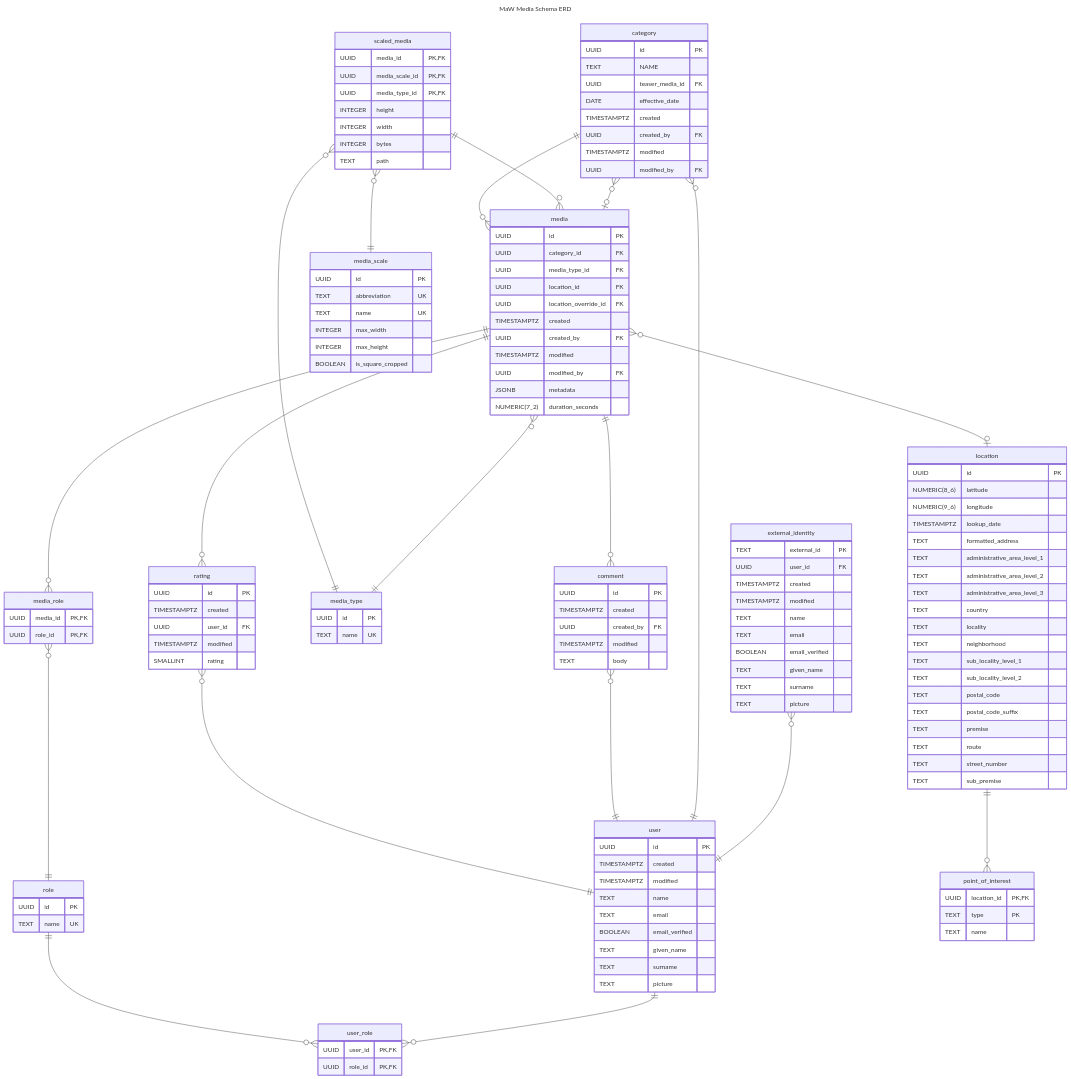
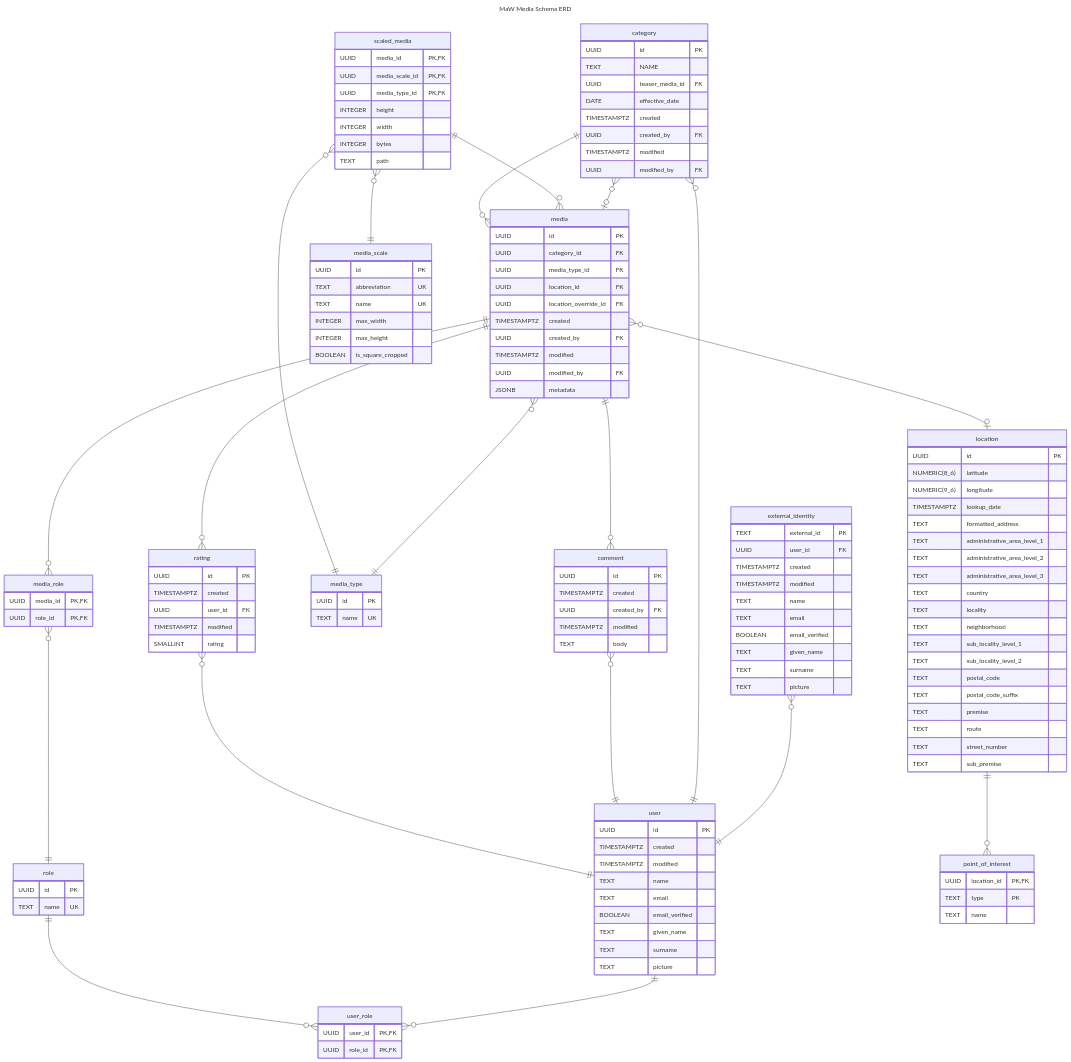
The diagram in src/db-postgres/design.mmd (AerisG222/maw-media), drawn with Mermaid before and after one commit. The commit also changed 4 other files, not shown here.

```diff
--- a/src/db-postgres/design.mmd
+++ b/src/db-postgres/design.mmd
@@ -1,172 +1,171 @@
 ---
 title: MaW Media Schema ERD
 ---
 erDiagram
     %% external_id = nameidentifier
     external_identity {
         TEXT external_id PK
         UUID user_id FK
         TIMESTAMPTZ created
         TIMESTAMPTZ modified
         TEXT name
         TEXT email
         BOOLEAN email_verified
         TEXT given_name
         TEXT surname
         TEXT picture
     }
 
     user {
         UUID id PK
         TIMESTAMPTZ created
         TIMESTAMPTZ modified
         TEXT name
         TEXT email
         BOOLEAN email_verified
         TEXT given_name
         TEXT surname
         TEXT picture
     }
 
     role {
         UUID id PK
         TEXT name UK
     }
 
     user_role {
         UUID user_id PK, FK
         UUID role_id PK, FK
     }
 
     category {
         UUID id PK
         TEXT NAME
         UUID teaser_media_id FK
         DATE effective_date
         TIMESTAMPTZ created
         UUID created_by FK
         TIMESTAMPTZ modified
         UUID modified_by FK
     }
 
     media_role {
         UUID media_id PK, FK
         UUID role_id PK, FK
     }
 
     media_type {
         UUID id PK
         TEXT name UK
     }
 
     media {
         UUID id PK
         UUID category_id FK
         UUID media_type_id FK
         UUID location_id FK
         UUID location_override_id FK
         TIMESTAMPTZ created
         UUID created_by FK
         TIMESTAMPTZ modified
         UUID modified_by FK
         JSONB metadata
-        NUMERIC(7_2) duration_seconds
     }
 
     location {
         UUID id PK
         NUMERIC(8_6) latitude
         NUMERIC(9_6) longitude
         TIMESTAMPTZ lookup_date
         TEXT formatted_address
         TEXT administrative_area_level_1
         TEXT administrative_area_level_2
         TEXT administrative_area_level_3
         TEXT country
         TEXT locality
         TEXT neighborhood
         TEXT sub_locality_level_1
         TEXT sub_locality_level_2
         TEXT postal_code
         TEXT postal_code_suffix
         TEXT premise
         TEXT route
         TEXT street_number
         TEXT sub_premise
     }
 
     point_of_interest {
         UUID location_id PK, FK
         TEXT type PK
         TEXT name
     }
 
     %% qqvg    ( 160 x  120)
     %% qvg     ( 320 x  240)
     %% nhd     ( 640 x  360)
     %% hd      (1280 x  720)
     %% full_hd (1920 x 1080)
     %% qhd     (2560 x 1440)
     %% 4k      (3840 x 2160)
     %% 5k      (5120 x 2880)  - skip for now
     %% 8k      (7680 × 4320)  - skip for now
     %% src     ?
     media_scale {
         UUID id PK
         TEXT abbreviation UK
         TEXT name UK
         INTEGER max_width
         INTEGER max_height
         BOOLEAN is_square_cropped
     }
 
     scaled_media {
         UUID media_id PK, FK
         UUID media_scale_id PK, FK
         UUID media_type_id PK, FK
         INTEGER height
         INTEGER width
         INTEGER bytes
         TEXT path
     }
 
     comment {
         UUID id PK
         TIMESTAMPTZ created
         UUID created_by FK
         TIMESTAMPTZ modified
         TEXT body
     }
 
     rating {
         UUID id PK
         TIMESTAMPTZ created
         UUID user_id FK
         TIMESTAMPTZ modified
         SMALLINT rating
     }
 
     external_identity }o--|| user : ""
     user ||--o{ user_role : ""
     role ||--o{ user_role : ""
 
     category }o--|| user : ""
     category }o--o| media : ""
 
     %% assign perms here to allow flexibility of showing/hiding media on a per role basis
     media_role }o--|| role : ""
 
     media }o--|| category : ""
     media }o--|| media_type : ""
     media ||--o{ media_role : ""
     media ||--o{ comment: ""
     media ||--o{ rating: ""
     media }o--o| location : ""
 
     location ||--o{ point_of_interest : ""
     comment }o--|| user : ""
     rating }o--|| user : ""
 
     scaled_media ||--o{ media : ""
     scaled_media }o--|| media_scale : ""
     scaled_media }o--|| media_type : ""
```
